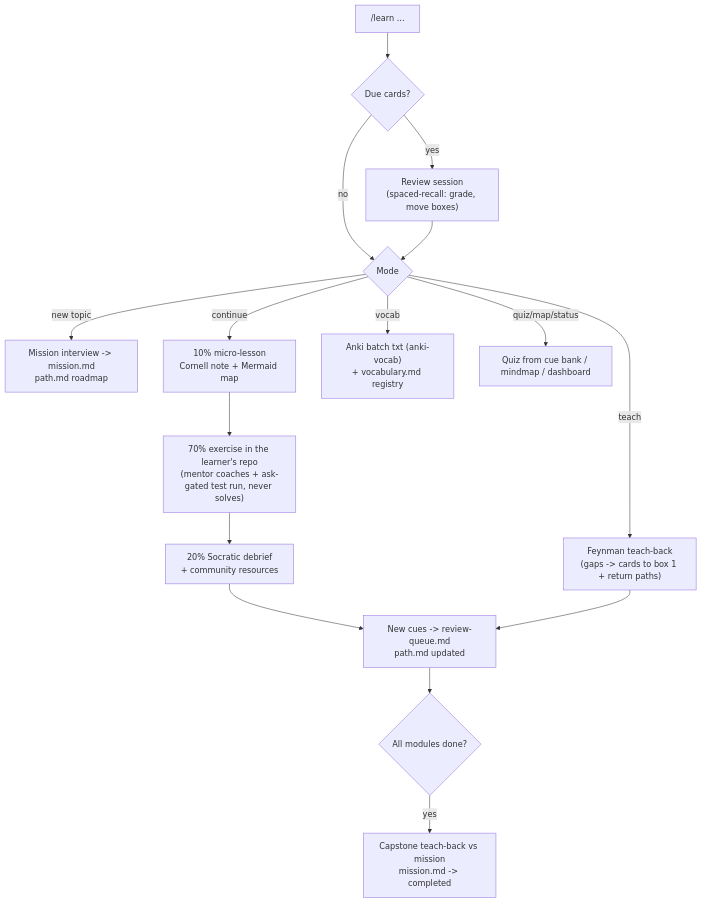
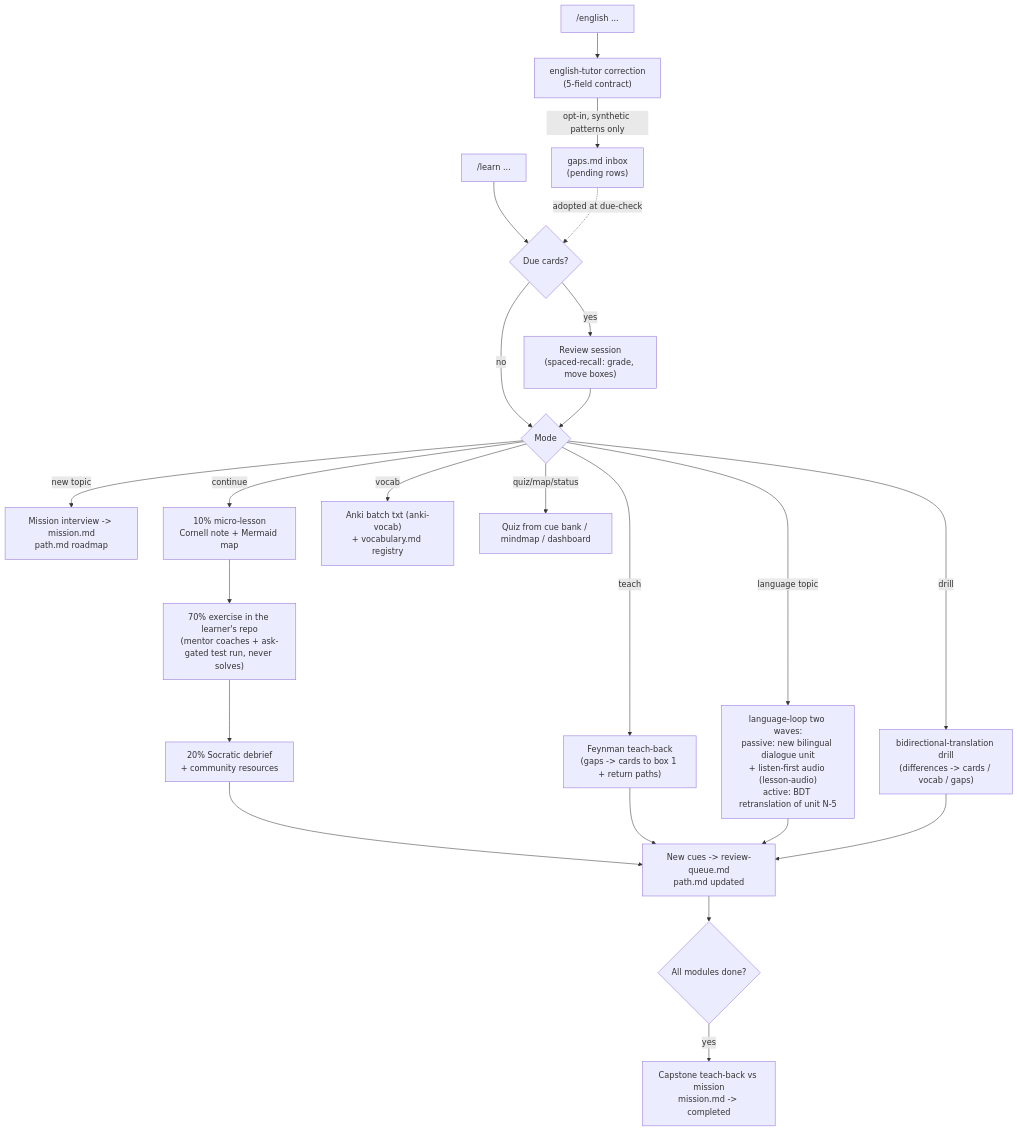
The diagram in domains/learning/README.md (andresnator/agents-orchestrator), drawn with Mermaid before and after one commit. The commit also changed other lines of this file and 20 other files, not shown here.

````diff
--- a/domains/learning/README.md
+++ b/domains/learning/README.md
@@ -21,18 +29,25 @@
 ```mermaid
 graph TD
     L["/learn ..."] --> D{Due cards?}
     D -- yes --> R["Review session<br/>(spaced-recall: grade, move boxes)"]
     D -- no --> M{Mode}
     R --> M
     M -- new topic --> MI["Mission interview -> mission.md<br/>path.md roadmap"]
     M -- continue --> TEN["10% micro-lesson<br/>Cornell note + Mermaid map"]
     TEN --> SEV["70% exercise in the learner's repo<br/>(mentor coaches + ask-gated test run, never solves)"]
     SEV --> TWE["20% Socratic debrief<br/>+ community resources"]
     TWE --> Q["New cues -> review-queue.md<br/>path.md updated"]
     Q --> DONE{All modules done?}
     DONE -- yes --> CAP["Capstone teach-back vs mission<br/>mission.md -> completed"]
     M -- teach --> F["Feynman teach-back<br/>(gaps -> cards to box 1 + return paths)"]
     F --> Q
     M -- vocab --> V["Anki batch txt (anki-vocab)<br/>+ vocabulary.md registry"]
     M -- quiz/map/status --> A["Quiz from cue bank / mindmap / dashboard"]
+    M -- language topic --> LW["language-loop two waves:<br/>passive: new bilingual dialogue unit<br/>+ listen-first audio (lesson-audio)<br/>active: BDT retranslation of unit N-5"]
+    M -- drill --> BDT["bidirectional-translation drill<br/>(differences -> cards / vocab / gaps)"]
+    LW --> Q
+    BDT --> Q
+    E["/english ..."] --> ET["english-tutor correction<br/>(5-field contract)"]
+    ET -- opt-in, synthetic patterns only --> GI["gaps.md inbox<br/>(pending rows)"]
+    GI -. adopted at due-check .-> D
 ```
````
